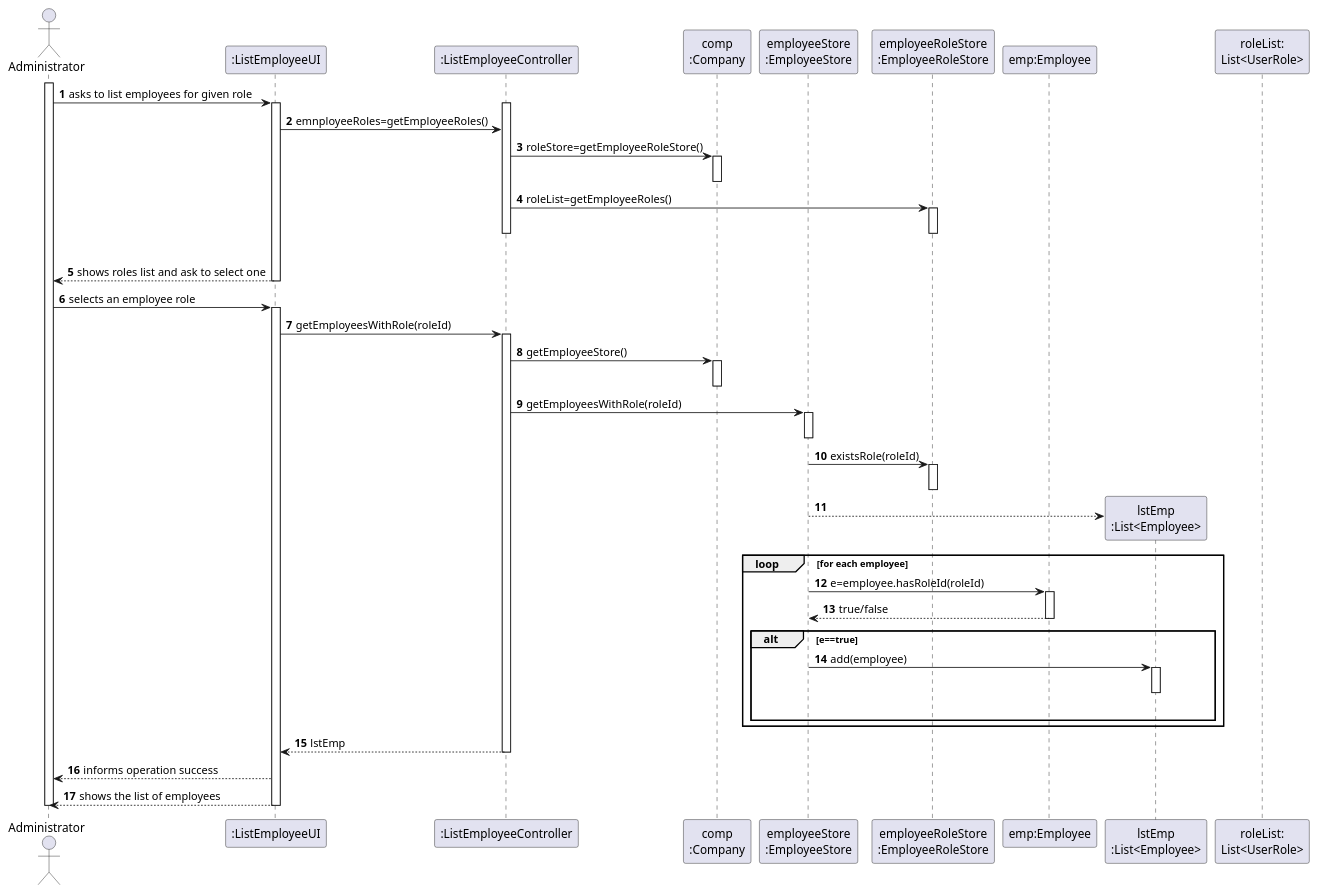
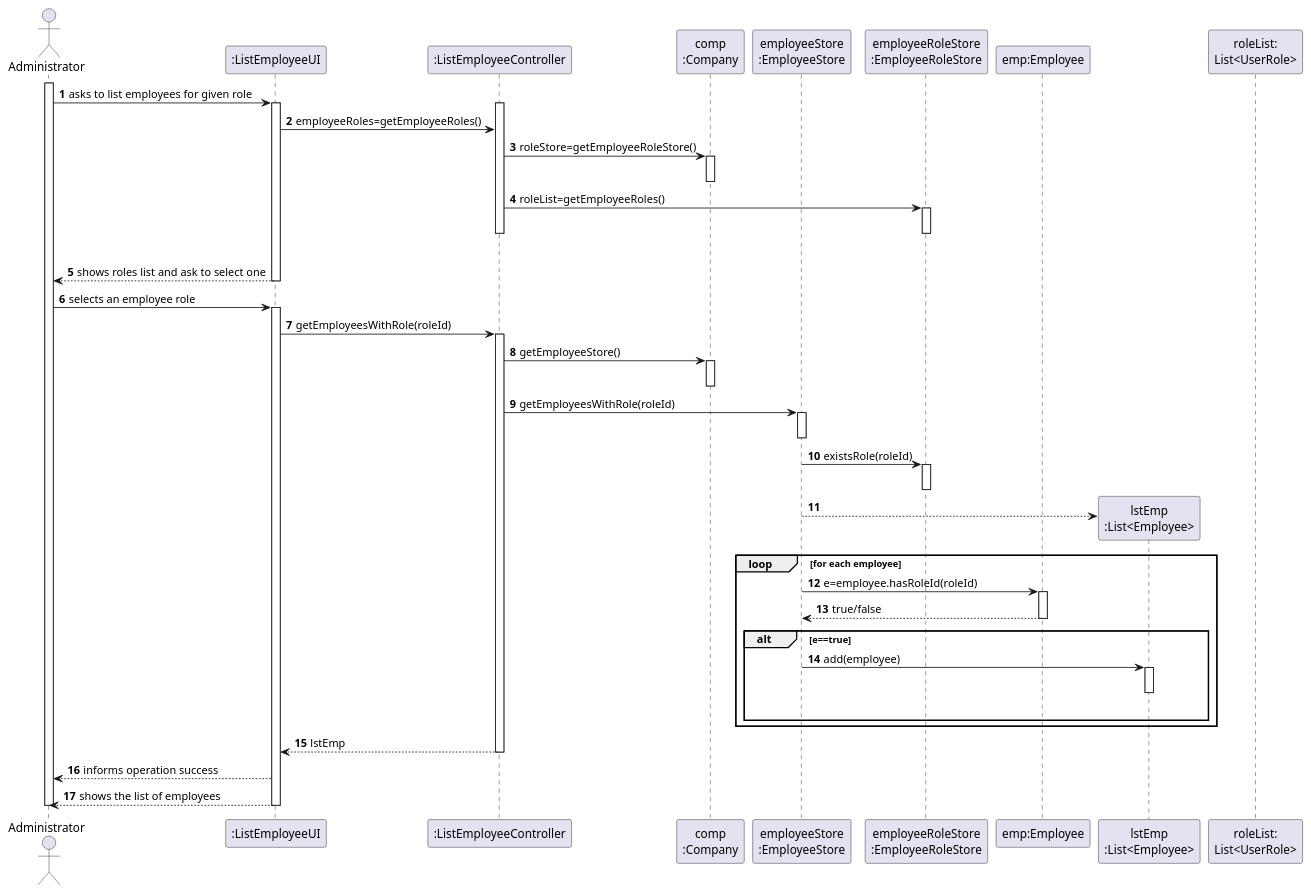
Before and after one commit to miseEnPlace-i/lapr2: the diagram in docs/SprintC/US11/SD/US11_SD.puml, drawn with PlantUML. The commit also changed 4 other files, not shown here.

```diff
--- a/docs/SprintC/US11/SD/US11_SD.puml
+++ b/docs/SprintC/US11/SD/US11_SD.puml
@@ -1,76 +1,76 @@
 @startuml
 autonumber
 'hide footbox
 actor "Administrator" as ADM
 
 participant ":ListEmployeeUI" as UI
 participant ":ListEmployeeController" as CTRL
 participant "comp\n:Company" as COMP
 participant "employeeStore\n:EmployeeStore" as EMPS
 participant "employeeRoleStore\n:EmployeeRoleStore" as ROLES
 participant "emp:Employee" as EMP
 
 activate ADM
 ADM -> UI : asks to list employees for given role
 activate UI
 activate CTRL
-UI -> CTRL : emnployeeRoles=getEmployeeRoles()
+UI -> CTRL : employeeRoles=getEmployeeRoles()
 CTRL -> COMP : roleStore=getEmployeeRoleStore()
 activate COMP
 deactivate COMP
 
 CTRL -> ROLES : roleList=getEmployeeRoles()
 activate ROLES
 |||
 deactivate ROLES
 deactivate CTRL
 
 UI --> ADM : shows roles list and ask to select one
 deactivate UI
 
 ADM -> UI : selects an employee role
 activate UI
 
 UI -> CTRL : getEmployeesWithRole(roleId)
 activate CTRL
 
 CTRL -> COMP: getEmployeeStore()
 activate COMP
 deactivate COMP
 CTRL -> EMPS: getEmployeesWithRole(roleId)
 activate EMPS
 deactivate EMPS
 EMPS -> ROLES: existsRole(roleId)
 activate ROLES
 deactivate ROLES
 create "lstEmp\n:List<Employee>" as LST
 EMPS --> LST
 
 loop for each employee
     EMPS -> EMP: e=employee.hasRoleId(roleId)
   activate EMP
     EMP --> EMPS: true/false
   deactivate EMP
     alt e==true
         EMPS -> LST: add(employee)
       activate LST
     |||
     deactivate LST
     end
 end
 
 CTRL --> UI: lstEmp
 
 deactivate COMP
 deactivate CTRL
 UI --> ADM : informs operation success
 UI --> ADM: shows the list of employees
 deactivate UI
 
 deactivate UI
 deactivate CTRL
 deactivate ADM
 
 participant "roleList:\nList<UserRole>"
 
 @enduml
```
